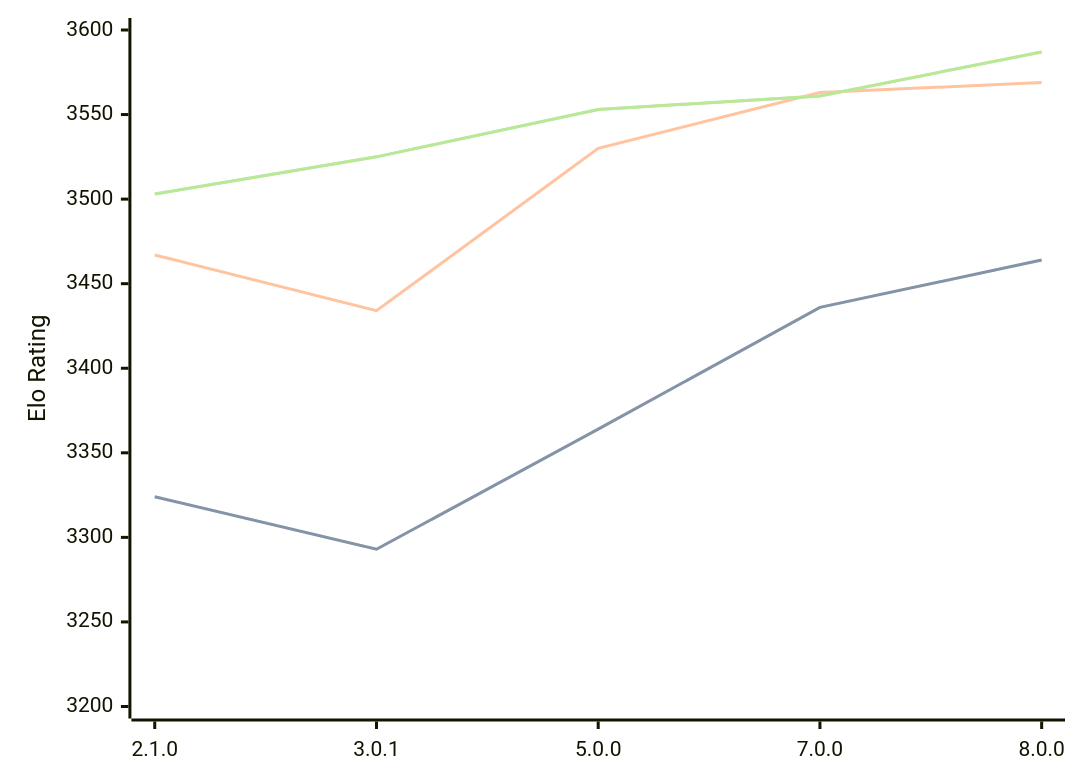
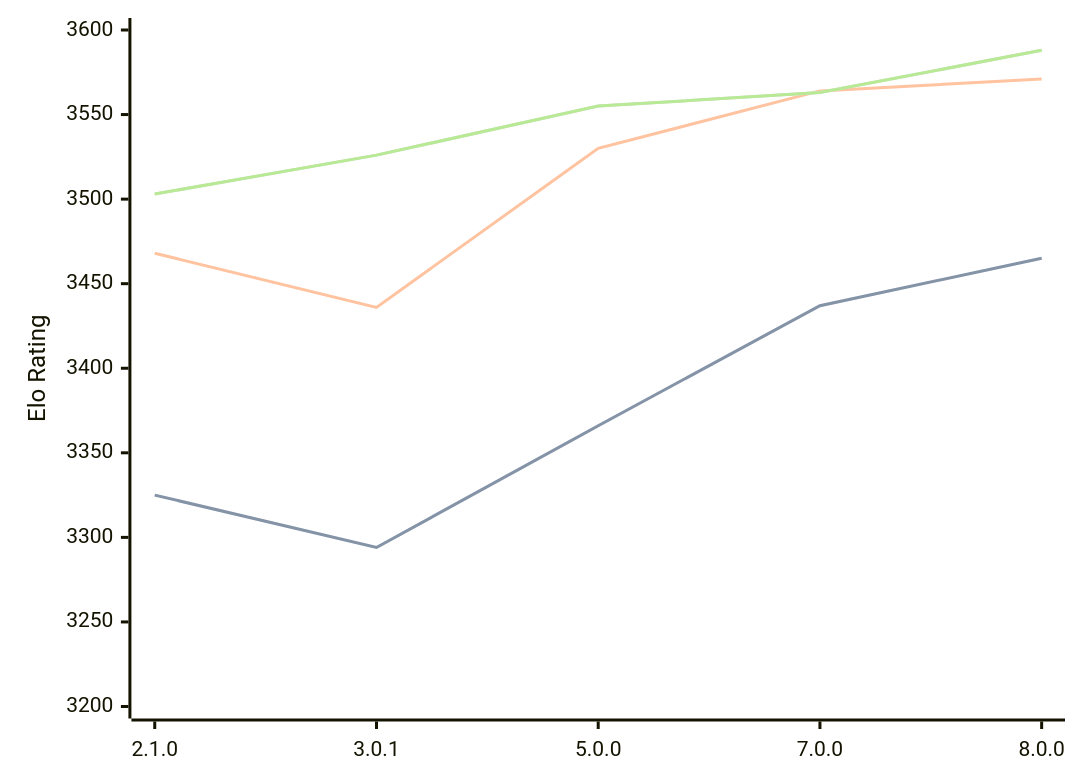
One commit to computer-chess-index/cci changed the diagram in engines/PlentyChess.md. Above: the diagram before and after it, drawn with Mermaid. The commit also changed other lines of this file, not shown here.

Commit message:
Update CCI Ratings (ELO VLTC) - 2026-08-26

````diff
--- a/engines/PlentyChess.md
+++ b/engines/PlentyChess.md
@@ -37,11 +37,11 @@
 ```mermaid
 %%{init: {"theme":"base","themeVariables":{"seriesColors:['#a3a3a3','#222221','#faa371']}}}%%
 xychart-beta
   x-axis ["2.1.0", "3.0.1", "5.0.0", "7.0.0", "8.0.0"]
   y-axis "Elo Rating" 3200 --> 3600
-  line "STC (8.0+0.08s)" [3324, 3293, 3364, 3436, 3464]
-  line "STC (8.0+0.08s)" [3324, 3293, 3364, 3436, 3464]
-  line "LTC (60.0+0.60s)" [3467, 3434, 3530, 3563, 3569]
-  line "VLTC (2m24s+1.12s)" [3503, 3525, 3553, 3561, 3587]
-  line "VLTC (2m24s+1.12s)" [3503, 3525, 3553, 3561, 3587]
+  line "STC (8.0+0.08s)" [3325, 3294, 3366, 3437, 3465]
+  line "STC (8.0+0.08s)" [3325, 3294, 3366, 3437, 3465]
+  line "LTC (60.0+0.60s)" [3468, 3436, 3530, 3564, 3571]
+  line "VLTC (2m24s+1.12s)" [3503, 3526, 3555, 3563, 3588]
+  line "VLTC (2m24s+1.12s)" [3503, 3526, 3555, 3563, 3588]
 ```
````
